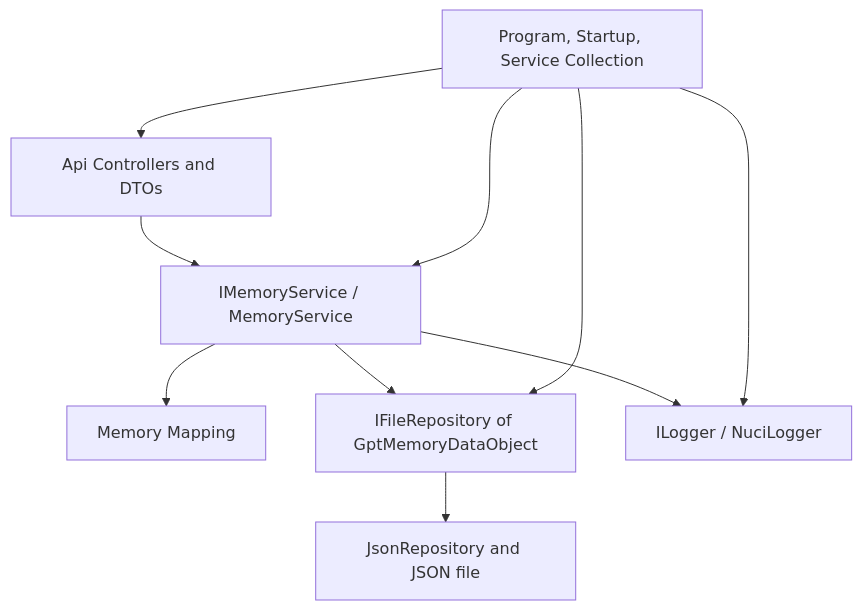
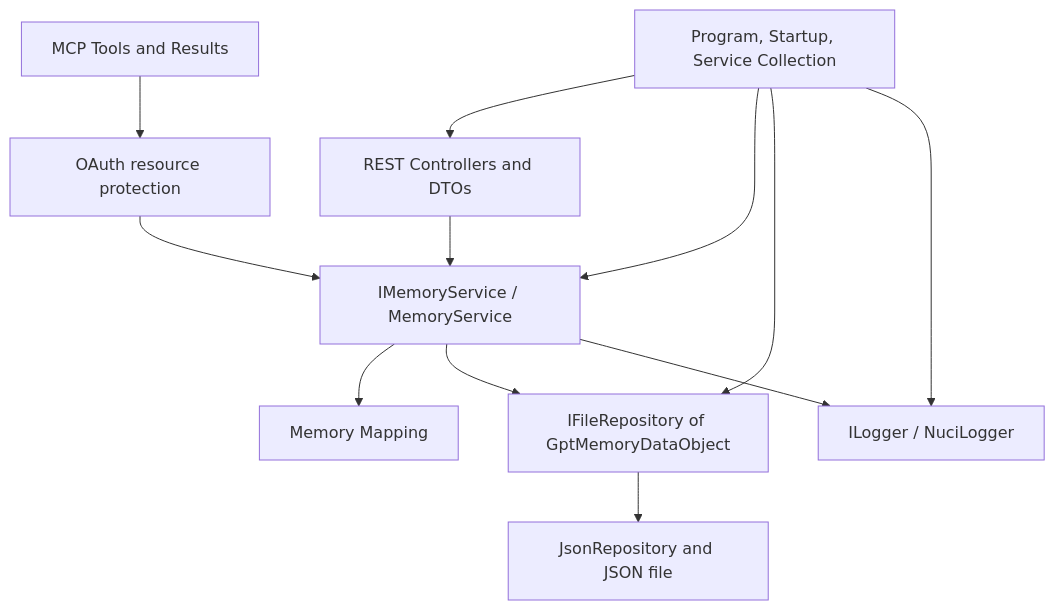
The second of 7 diagrams in ARCHITECTURE.md (hmlendea/gpt-memory-store), drawn with Mermaid before and after one commit. The commit also changed other lines of this file and 3 other files, not shown here.

Commit message:
mcp: Document MCP architecture, security and privacy boundaries

````diff
--- a/ARCHITECTURE.md
+++ b/ARCHITECTURE.md
@@ -65,12 +70,14 @@
 ```mermaid
 flowchart TB
-    Api[Api Controllers and DTOs] --> Service[IMemoryService / MemoryService]
+    Api[REST Controllers and DTOs] --> Service[IMemoryService / MemoryService]
+    Mcp[MCP Tools and Results] --> Auth[OAuth resource protection]
+    Auth --> Service
     Service --> Mapping[Memory Mapping]
     Service --> Repository[IFileRepository of GptMemoryDataObject]
     Repository --> Json[JsonRepository and JSON file]
     Service --> Logger[ILogger / NuciLogger]
     Startup[Program, Startup, Service Collection] --> Api
     Startup --> Service
     Startup --> Repository
     Startup --> Logger
 ```
````
